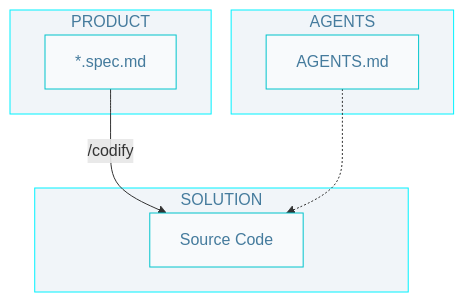
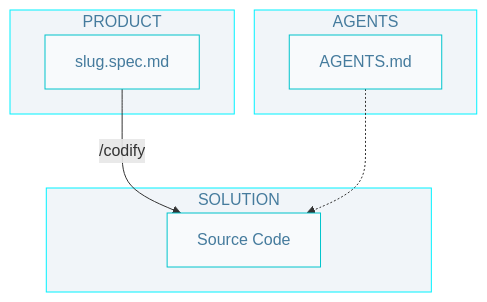
The diagram in docs/1-0-0-ecosistema_y_vibraciones/demo/1-sdd.diagram.md (AlbertoBasaloLabs/programacion-inteligente), drawn with Mermaid before and after one commit. The commit also changed other lines of this file and 8 other files, not shown here.

First line of the commit message:
feat: update specifications and diagrams for clarity and consistency

````diff
--- a/docs/1-0-0-ecosistema_y_vibraciones/demo/1-sdd.diagram.md
+++ b/docs/1-0-0-ecosistema_y_vibraciones/demo/1-sdd.diagram.md
@@ -3,22 +3,22 @@
 ```mermaid
 flowchart TD
     classDef nd fill:#f8fafc,stroke:#00c4cc,color:#457b9d
     classDef sg fill:#f1f5f9,stroke:#00f2ff,color:#457b9d 
 
     subgraph P["PRODUCT"]
-        REQ["*.spec.md"]:::nd
+        REQ["slug.spec.md"]:::nd
     end
 
     subgraph A["AGENTS"]
         AGT["AGENTS.md"]:::nd
     end  
 
     subgraph S["SOLUTION"]
         COD[Source Code]:::nd
     end
 
     REQ -->|/codify| COD
     AGT -.-> COD  
 
     class P,A,S sg
 ```
````
